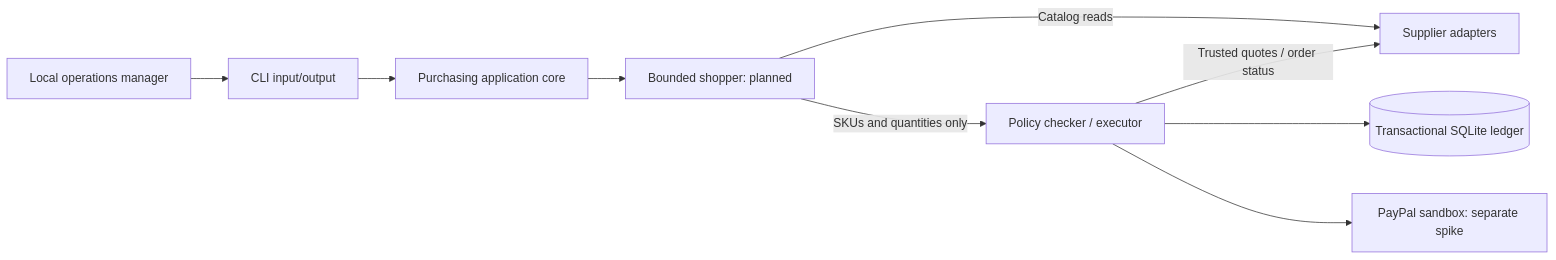
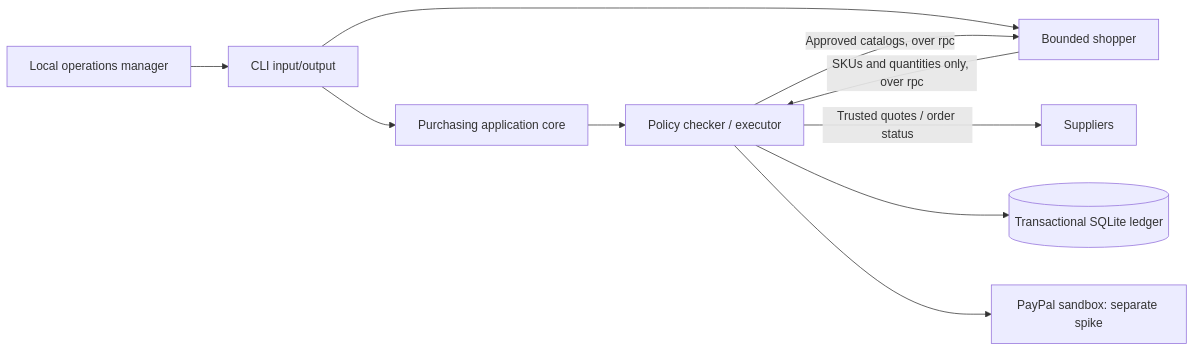
Before and after one commit to pranavpillaiNUS/Purse-Strings: the first of 2 diagrams in docs/architecture.md, drawn with Mermaid. The commit also changed other lines of this file and 5 other files, not shown here.

Commit message:
docs: update status, shopper walkthrough and agent instructions

````diff
--- a/docs/architecture.md
+++ b/docs/architecture.md
@@ -5,11 +5,12 @@
 ```mermaid
 flowchart LR
   Human[Local operations manager] --> CLI[CLI input/output]
   CLI --> Core[Purchasing application core]
-  Core --> Agent[Bounded shopper: planned]
-  Agent -->|SKUs and quantities only| Checker[Policy checker / executor]
-  Agent -->|Catalog reads| Suppliers[Supplier adapters]
+  Core --> Checker
+  CLI --> Agent[Bounded shopper]
+  Agent -->|SKUs and quantities only, over rpc| Checker[Policy checker / executor]
+  Checker -->|Approved catalogs, over rpc| Agent
   Checker -->|Trusted quotes / order status| Suppliers
   Checker --> Ledger[(Transactional SQLite ledger)]
   Checker --> PayPal[PayPal sandbox: separate spike]
 ```
````
